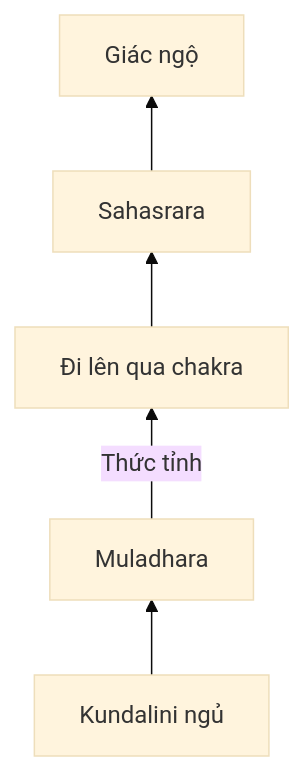
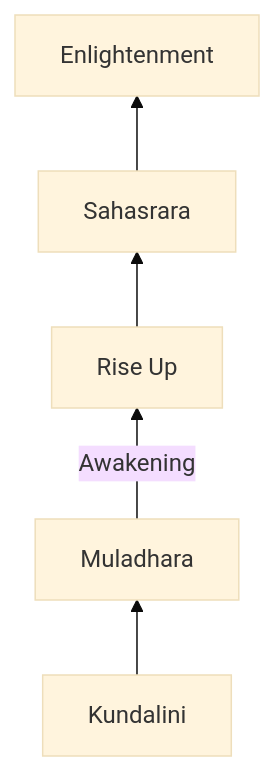
Before and after one commit to dyukahi/knowledge: the second of 3 diagrams in esoterica/Chakra.md, drawn with Mermaid (base theme). The commit also changed other lines of this file and 1 other file, not shown here.

Commit message:
Fix Chakra Mermaid: remove quotes and special chars

````diff
--- a/esoterica/Chakra.md
+++ b/esoterica/Chakra.md
@@ -237,13 +237,13 @@
 ```mermaid
 flowchart BT
-    K["Kundalini ngủ"]
-    M["Muladhara"]
-    UP["Đi lên qua chakra"]
-    S["Sahasrara"]
-    E["Giác ngộ"]
+    K[Kundalini]
+    M[Muladhara]
+    UP[Rise Up]
+    S[Sahasrara]
+    E[Enlightenment]
     
     K --> M
-    M -->|"Thức tỉnh"| UP
+    M -->|Awakening| UP
     UP --> S
     S --> E
 ```
````
